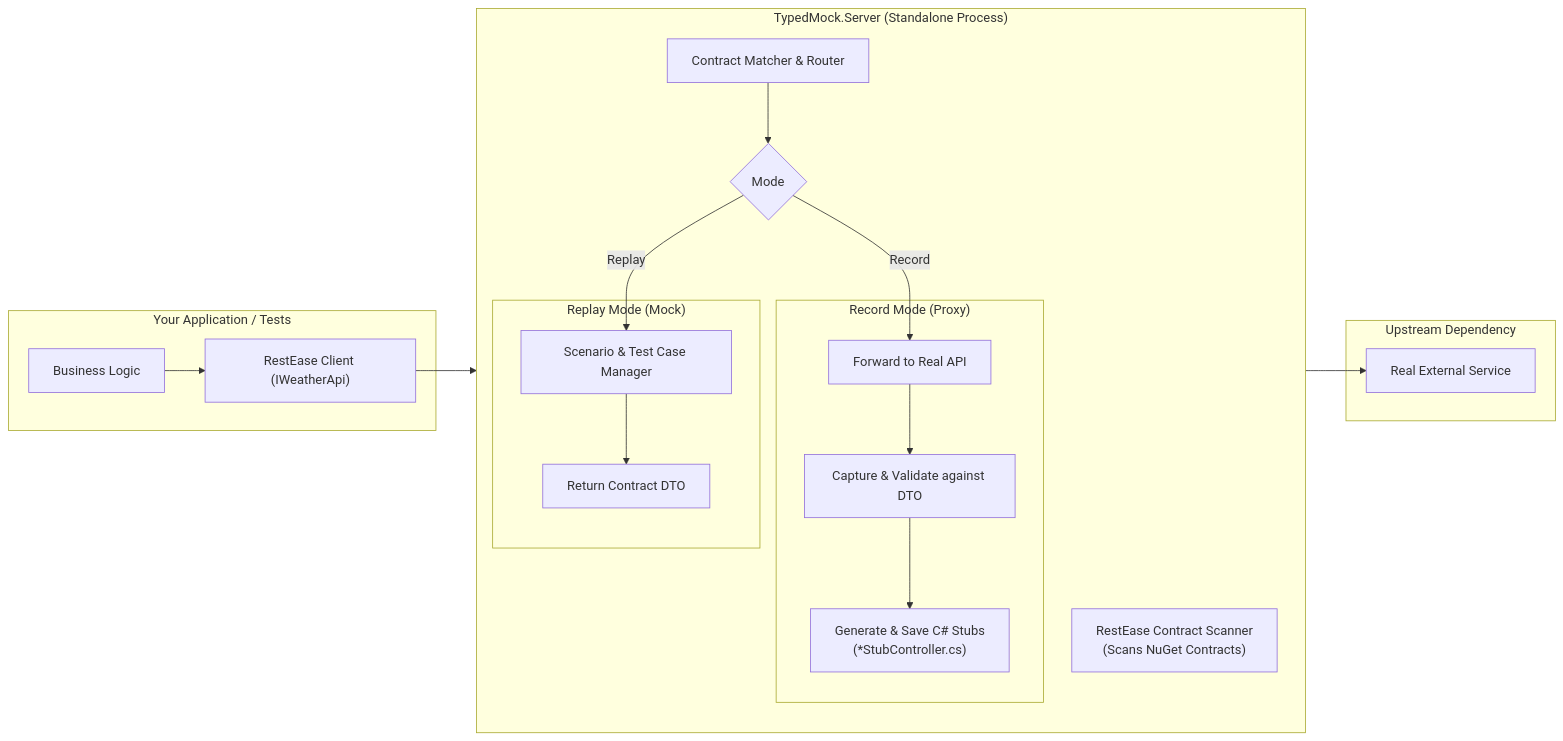
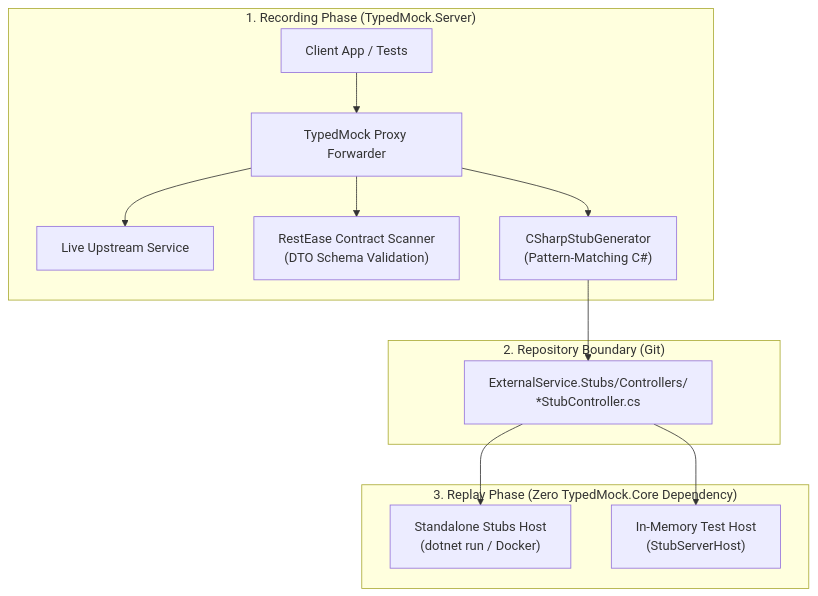
One commit to the4ups/mocking-proxy changed the diagram in README.md. Above: the diagram before and after it, drawn with Mermaid. The commit also changed other lines of this file and 31 other files, not shown here.

Commit message:
feat: simplify TypedMockServer to recording proxy and add stubs project scaffolder

````diff
--- a/README.md
+++ b/README.md
@@ -30,35 +33,18 @@
 ```mermaid
-flowchart LR
-    subgraph Client["Your Application / Tests"]
-        App["Business Logic"] --> RestEaseClient["RestEase Client (IWeatherApi)"]
+flowchart TD
+    subgraph Recorder["1. Recording Phase (TypedMock.Server)"]
+        ClientApp["Client App / Tests"] --> Proxy["TypedMock Proxy Forwarder"]
+        Proxy --> Upstream["Live Upstream Service"]
+        Proxy --> Scanner["RestEase Contract Scanner\n(DTO Schema Validation)"]
+        Proxy --> CodeGen["CSharpStubGenerator\n(Pattern-Matching C#)"]
     end
 
-    subgraph MockProcess["TypedMock.Server (Standalone Process)"]
-        direction TB
-        Scanner["RestEase Contract Scanner\n(Scans NuGet Contracts)"]
-        Router["Contract Matcher & Router"]
-        ModeSwitch{"Mode"}
-
-        subgraph RecordFlow["Record Mode (Proxy)"]
-            Proxy["Forward to Real API"]
-            Rec["Capture & Validate against DTO"]
-            Store["Generate & Save C# Stubs\n(*StubController.cs)"]
-        end
-
-        subgraph ReplayFlow["Replay Mode (Mock)"]
-            ScenarioMgr["Scenario & Test Case Manager"]
-            Resp["Return Contract DTO"]
-        end
-
-        Router --> ModeSwitch
-        ModeSwitch -->|Record| Proxy --> Rec --> Store
-        ModeSwitch -->|Replay| ScenarioMgr --> Resp
+    subgraph VersionControl["2. Repository Boundary (Git)"]
+        CodeGen --> Controllers["ExternalService.Stubs/Controllers/\n*StubController.cs"]
     end
 
-    subgraph RealWorld["Upstream Dependency"]
-        RealAPI["Real External Service"]
+    subgraph ReplayHost["3. Replay Phase (Zero TypedMock.Core Dependency)"]
+        Controllers --> StubsHost["Standalone Stubs Host\n(dotnet run / Docker)"]
+        Controllers --> TestHost["In-Memory Test Host\n(StubServerHost)"]
     end
-
-    RestEaseClient --> Router
-    Proxy --> RealAPI
 ```
````
